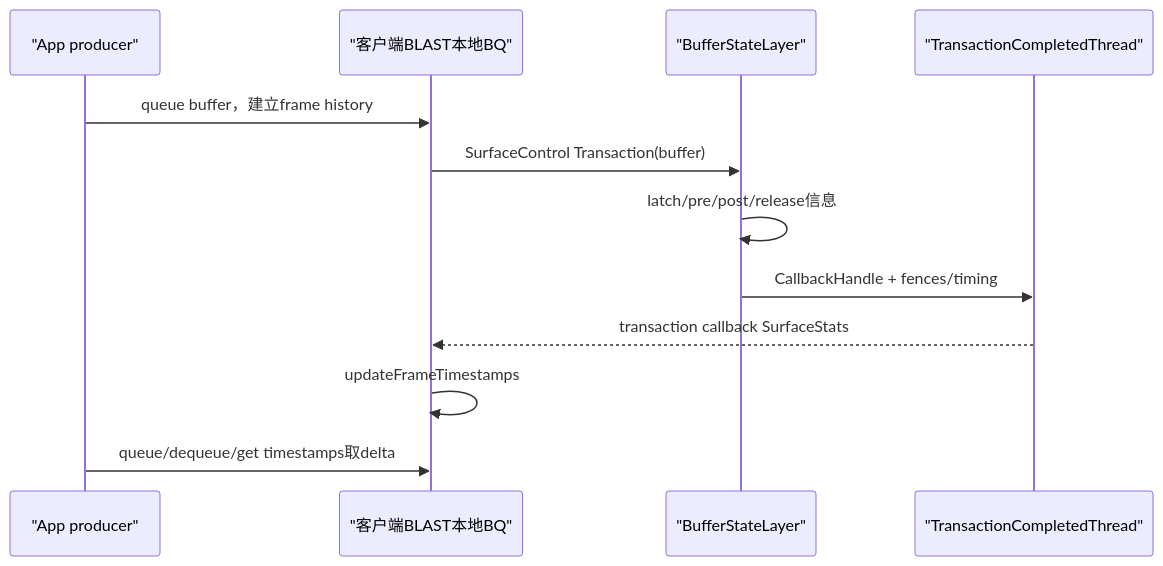
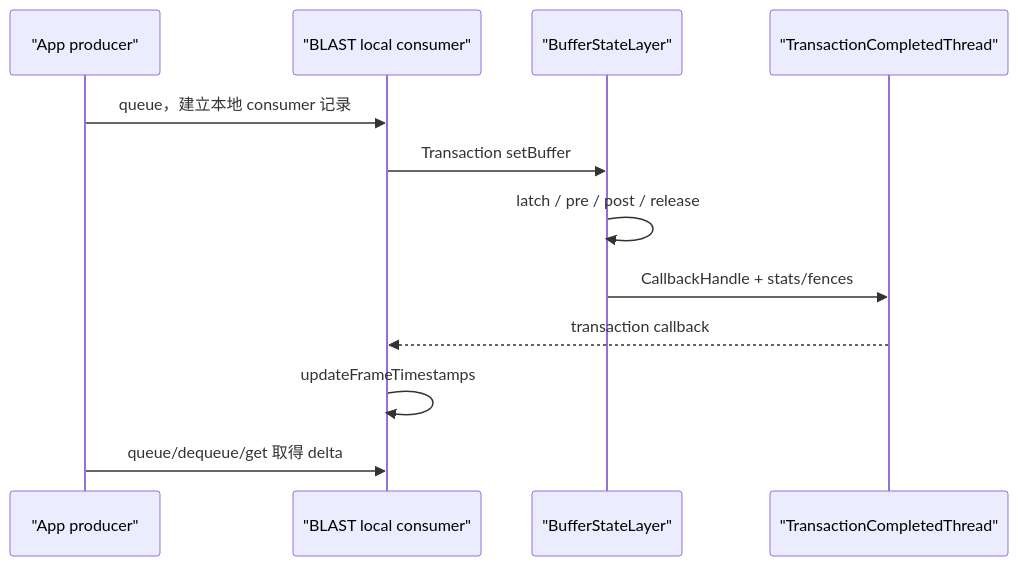
One commit to junyingzhao001/StudyNotes changed the second of 2 diagrams in Android源码学习/169-AndroidFrameEventHistoryFrameTimestamps与应用可见Buffer时间戳.md. Above: the diagram before and after it, drawn with Mermaid. The commit also changed other lines of this file and 30 other files, not shown here.

````diff
--- a/Android源码学习/169-AndroidFrameEventHistoryFrameTimestamps与应用可见Buffer时间戳.md
+++ b/Android源码学习/169-AndroidFrameEventHistoryFrameTimestamps与应用可见Buffer时间戳.md
@@ -713,15 +639,15 @@
 ```mermaid
 sequenceDiagram
     participant P as "App producer"
-    participant LBQ as "客户端BLAST本地BQ"
-    participant SF as "BufferStateLayer"
-    participant TCT as "TransactionCompletedThread"
+    participant B as "BLAST local consumer"
+    participant S as "BufferStateLayer"
+    participant T as "TransactionCompletedThread"
 
-    P->>LBQ: queue buffer，建立frame history
-    LBQ->>SF: SurfaceControl Transaction(buffer)
-    SF->>SF: latch/pre/post/release信息
-    SF->>TCT: CallbackHandle + fences/timing
-    TCT-->>LBQ: transaction callback SurfaceStats
-    LBQ->>LBQ: updateFrameTimestamps
-    P->>LBQ: queue/dequeue/get timestamps取delta
+    P->>B: queue，建立本地 consumer 记录
+    B->>S: Transaction setBuffer
+    S->>S: latch / pre / post / release
+    S->>T: CallbackHandle + stats/fences
+    T-->>B: transaction callback
+    B->>B: updateFrameTimestamps
+    P->>B: queue/dequeue/get 取得 delta
 ```
````
